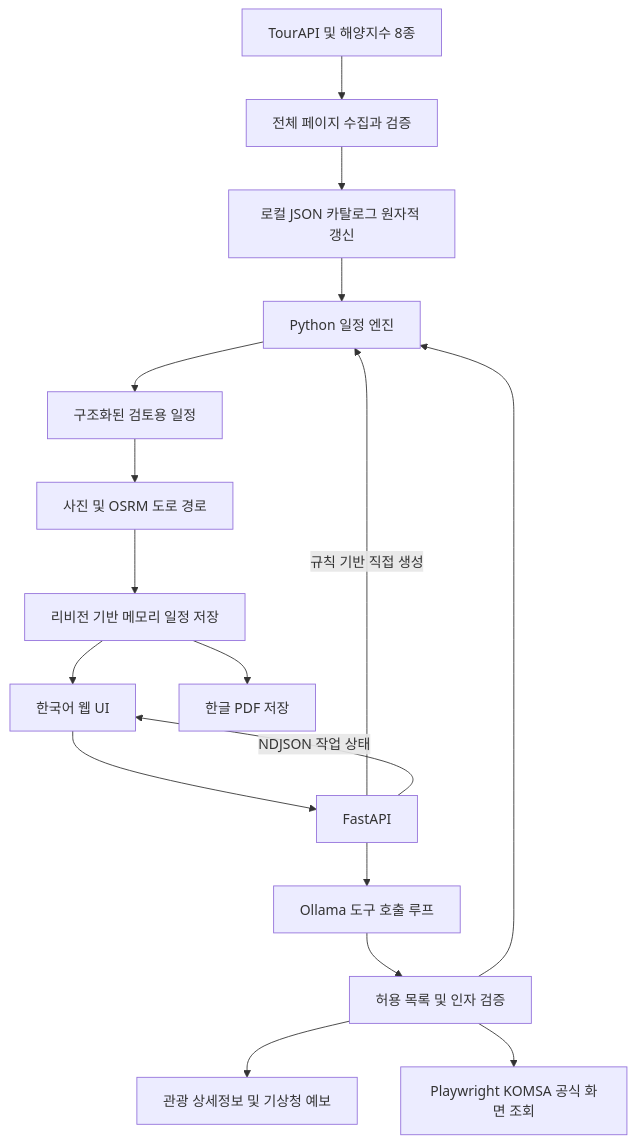
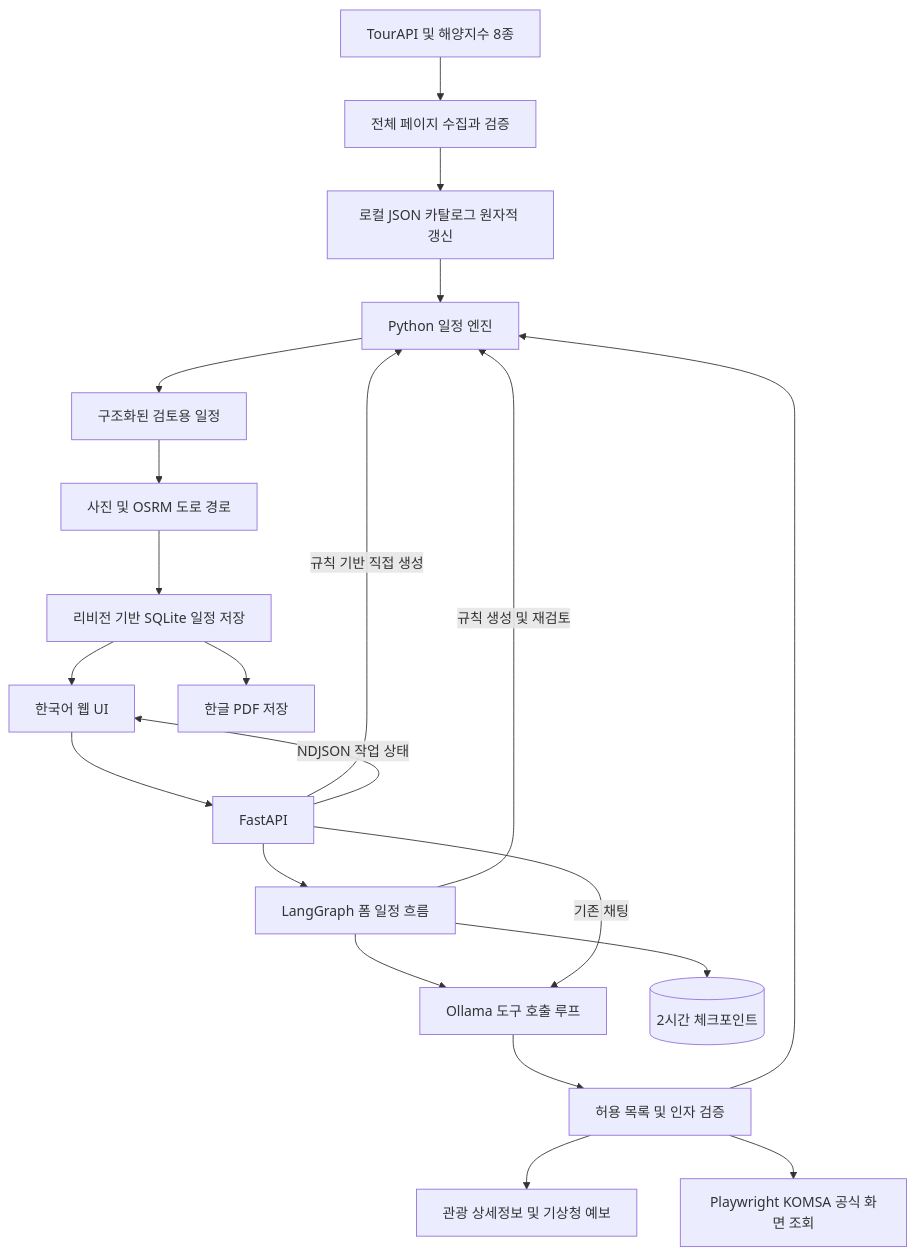
Before and after one commit to fortranmentis/marine-travel-AI-agent: the second of 2 diagrams in README.ko.md, drawn with Mermaid. The commit also changed other lines of this file and 45 other files, not shown here.

````diff
--- a/README.ko.md
+++ b/README.ko.md
@@ -198,19 +206,23 @@
 ```mermaid
 flowchart TD
     Sources[TourAPI 및 해양지수 8종] --> Sync[전체 페이지 수집과 검증]
     Sync --> Catalog[로컬 JSON 카탈로그 원자적 갱신]
     UI[한국어 웹 UI] --> API[FastAPI]
-    API --> Agent[Ollama 도구 호출 루프]
+    API --> Graph[LangGraph 폼 일정 흐름]
+    Graph --> Agent[Ollama 도구 호출 루프]
+    API -->|기존 채팅| Agent
+    Graph --> Checkpoint[(2시간 체크포인트)]
+    Graph -->|규칙 생성 및 재검토| Planner
     Agent --> Tools[허용 목록 및 인자 검증]
     Tools --> Planner[Python 일정 엔진]
     Tools --> Detail[관광 상세정보 및 기상청 예보]
     Catalog --> Planner
     API -->|규칙 기반 직접 생성| Planner
     Planner --> Plan[구조화된 검토용 일정]
     Plan --> Enrich[사진 및 OSRM 도로 경로]
-    Enrich --> Store[리비전 기반 메모리 일정 저장]
+    Enrich --> Store[리비전 기반 SQLite 일정 저장]
     Store --> UI
     Store --> PDF[한글 PDF 저장]
     Tools --> Ferry[Playwright KOMSA 공식 화면 조회]
     API -->|NDJSON 작업 상태| UI
 ```
````
